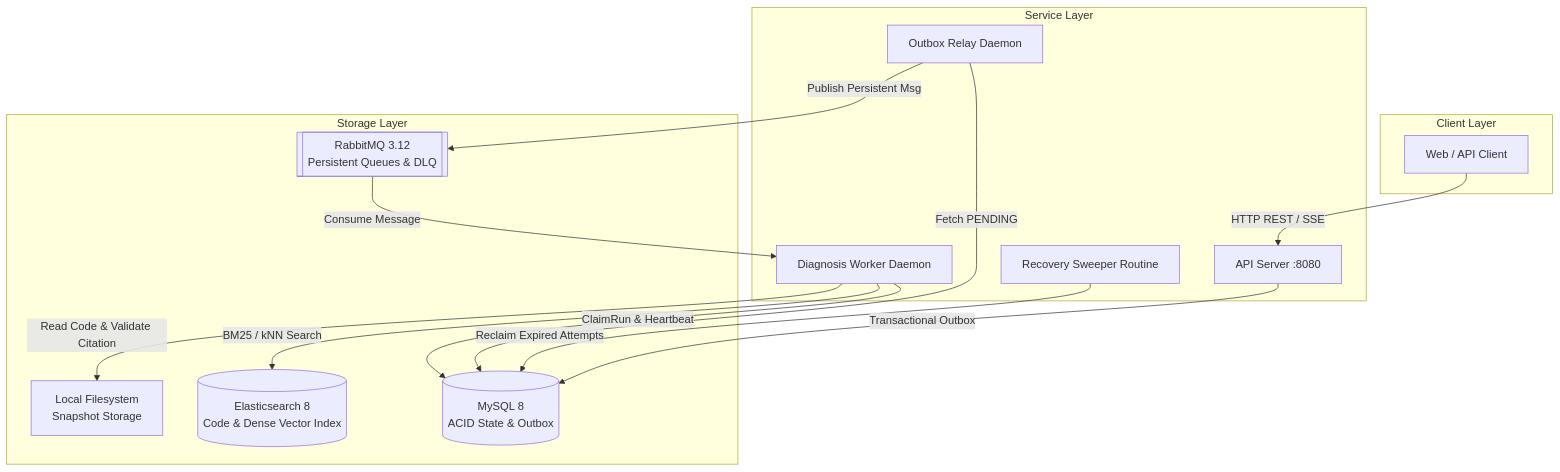
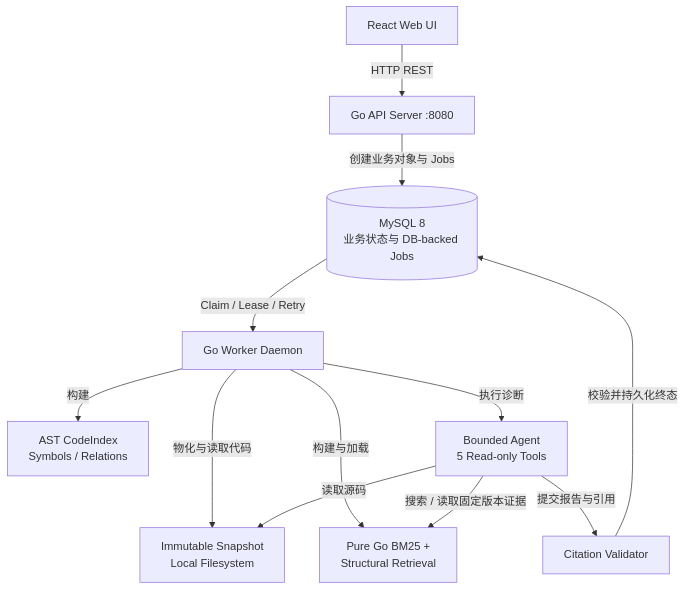
Before and after one commit to mrussss/repolens: the diagram in docs/architecture.md, drawn with Mermaid. The commit also changed other lines of this file, not shown here.

Commit message:
docs(architecture): align v2.1 runtime topology

````diff
--- a/docs/architecture.md
+++ b/docs/architecture.md
@@ -7,30 +7,24 @@
 ```mermaid
 graph TD
-    subgraph ClientLayer [Client Layer]
-        CLI[Web / API Client]
-    end
+    Web[React Web UI]
+    API[Go API Server :8080]
+    MySQL[(MySQL 8\n业务状态与 DB-backed Jobs)]
+    Worker[Go Worker Daemon]
+    Snapshot[Immutable Snapshot\nLocal Filesystem]
+    CodeIndex[AST CodeIndex\nSymbols / Relations]
+    Retrieval[Pure Go BM25 +\nStructural Retrieval]
+    Agent[Bounded Agent\n5 Read-only Tools]
+    Citation[Citation Validator]
 
-    subgraph ServiceLayer [Service Layer]
-        API[API Server :8080]
-        Relay[Outbox Relay Daemon]
-        Worker[Diagnosis Worker Daemon]
-        Sweeper[Recovery Sweeper Routine]
-    end
-
-    subgraph StorageLayer [Storage Layer]
-        MySQL[(MySQL 8\nACID State & Outbox)]
-        RabbitMQ[[RabbitMQ 3.12\nPersistent Queues & DLQ]]
-        ES[(Elasticsearch 8\nCode & Dense Vector Index)]
-        DiskStore[Local Filesystem\nSnapshot Storage]
-    end
-
-    CLI -->|HTTP REST / SSE| API
-    API -->|Transactional Outbox| MySQL
-    Relay -->|Fetch PENDING| MySQL
-    Relay -->|Publish Persistent Msg| RabbitMQ
-    RabbitMQ -->|Consume Message| Worker
-    Worker -->|ClaimRun & Heartbeat| MySQL
-    Worker -->|BM25 / kNN Search| ES
-    Worker -->|Read Code & Validate Citation| DiskStore
-    Sweeper -->|Reclaim Expired Attempts| MySQL
+    Web -->|HTTP REST| API
+    API -->|创建业务对象与 Jobs| MySQL
+    MySQL -->|Claim / Lease / Retry| Worker
+    Worker -->|物化与读取代码| Snapshot
+    Worker -->|构建| CodeIndex
+    Worker -->|构建与加载| Retrieval
+    Worker -->|执行诊断| Agent
+    Agent -->|搜索 / 读取固定版本证据| Retrieval
+    Agent -->|读取源码| Snapshot
+    Agent -->|提交报告与引用| Citation
+    Citation -->|校验并持久化终态| MySQL
 ```
````
